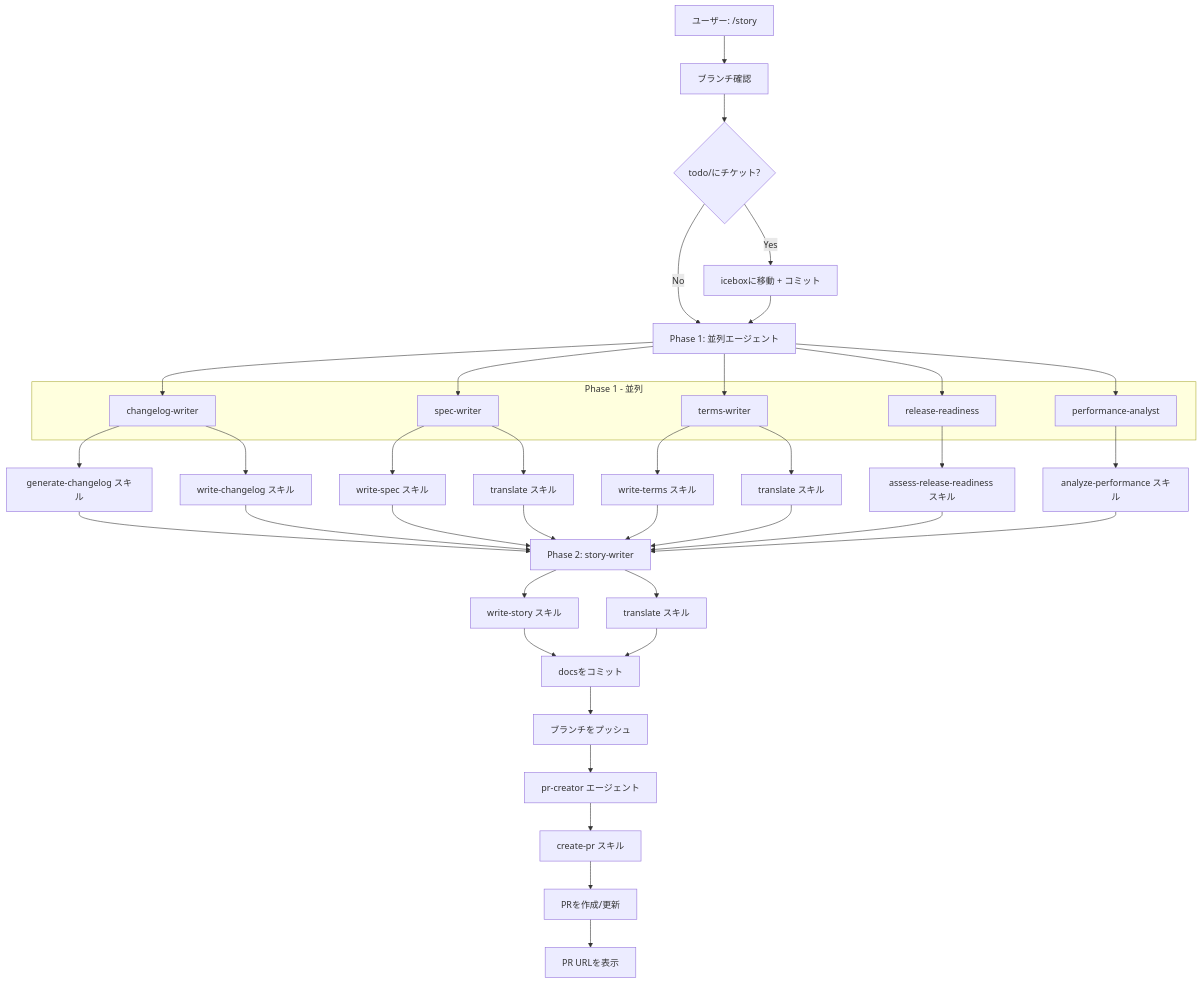
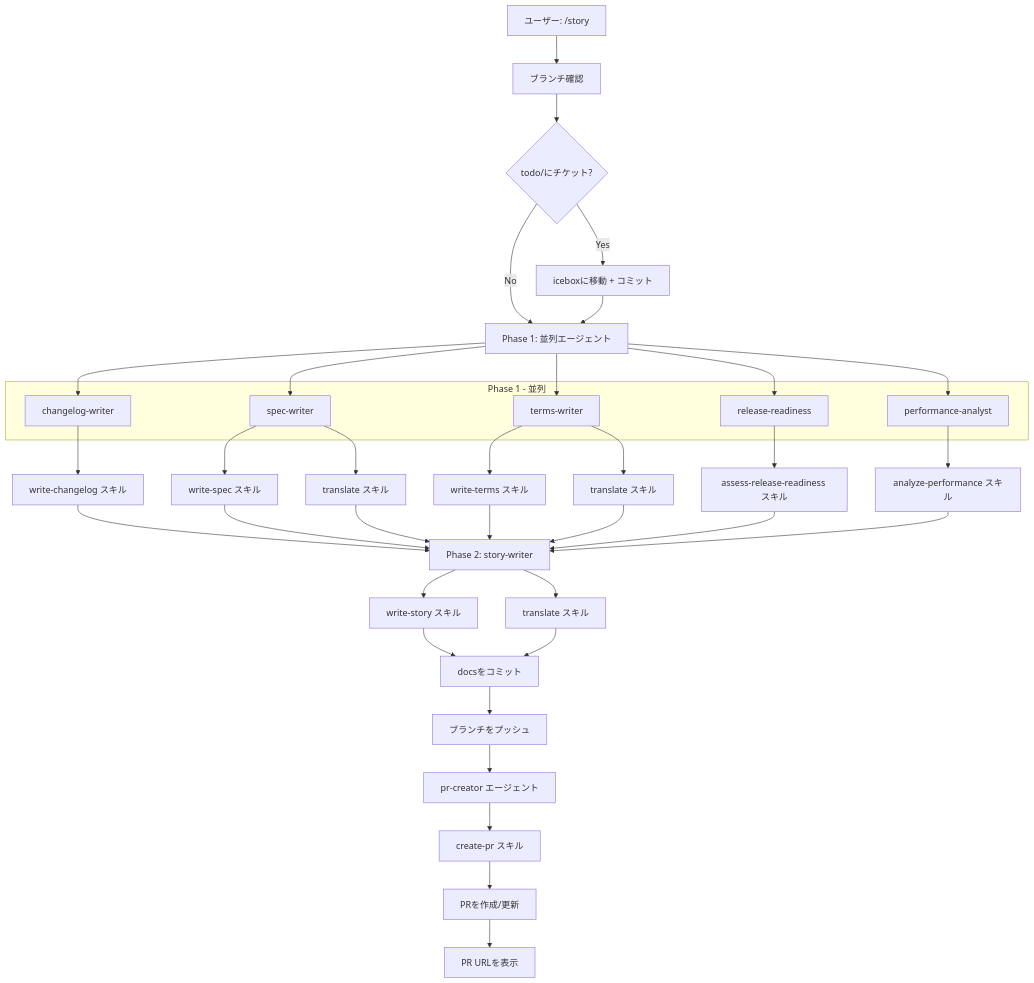
Before and after one commit to qmu/workaholic: the third of 3 diagrams in .workaholic/specs/command-flows_ja.md, drawn with Mermaid. The commit also changed other lines of this file and 8 other files, not shown here.

First line of the commit message:
Merge generate-changelog into write-changelog

````diff
--- a/.workaholic/specs/command-flows_ja.md
+++ b/.workaholic/specs/command-flows_ja.md
@@ -115,39 +115,38 @@
 ```mermaid
 flowchart TD
     A[ユーザー: /story] --> B[ブランチ確認]
     B --> C{todo/にチケット?}
     C -->|Yes| D[iceboxに移動 + コミット]
     C -->|No| E[Phase 1: 並列エージェント]
     D --> E
 
     subgraph Phase1[Phase 1 - 並列]
         F[changelog-writer]
         G[spec-writer]
         H[terms-writer]
         I[release-readiness]
         PA[performance-analyst]
     end
 
     E --> F & G & H & I & PA
 
-    F --> F1[generate-changelog スキル]
-    F --> F2[write-changelog スキル]
+    F --> F1[write-changelog スキル]
     G --> G1[write-spec スキル]
     G --> G2[translate スキル]
     H --> H1[write-terms スキル]
     H --> H2[translate スキル]
     I --> I1[assess-release-readiness スキル]
     PA --> PA1[analyze-performance スキル]
 
-    F1 & F2 & G1 & G2 & H1 & H2 & I1 & PA1 --> J[Phase 2: story-writer]
+    F1 & G1 & G2 & H1 & H2 & I1 & PA1 --> J[Phase 2: story-writer]
 
     J --> J1[write-story スキル]
     J --> J2[translate スキル]
 
     J1 & J2 --> K[docsをコミット]
     K --> L[ブランチをプッシュ]
     L --> M[pr-creator エージェント]
     M --> M1[create-pr スキル]
     M1 --> N[PRを作成/更新]
     N --> O[PR URLを表示]
 ```
````
